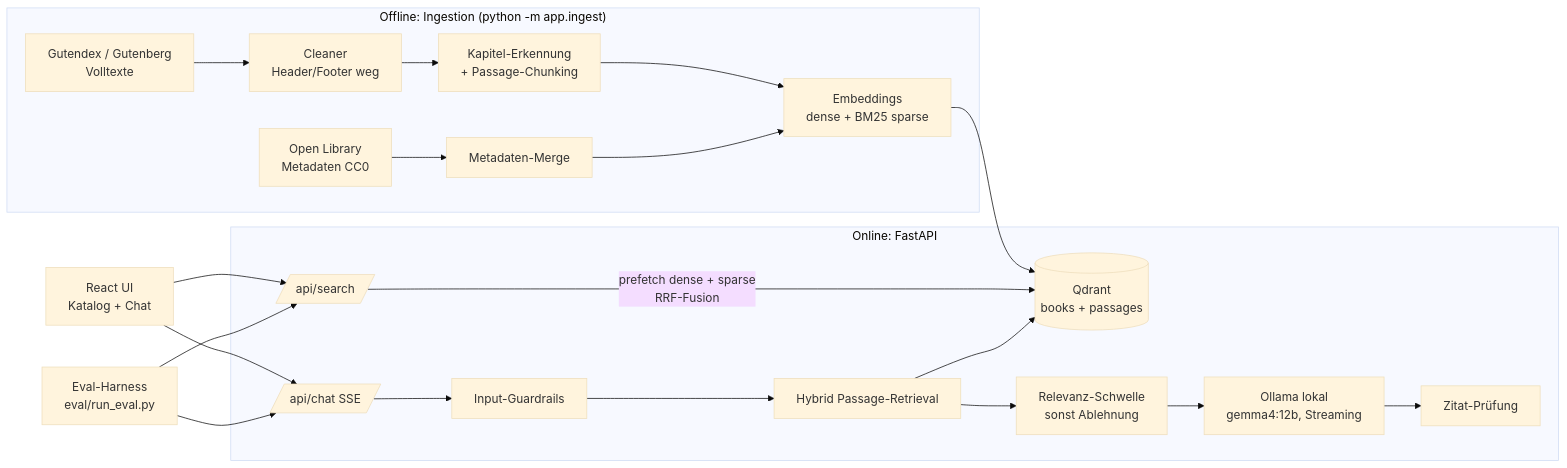
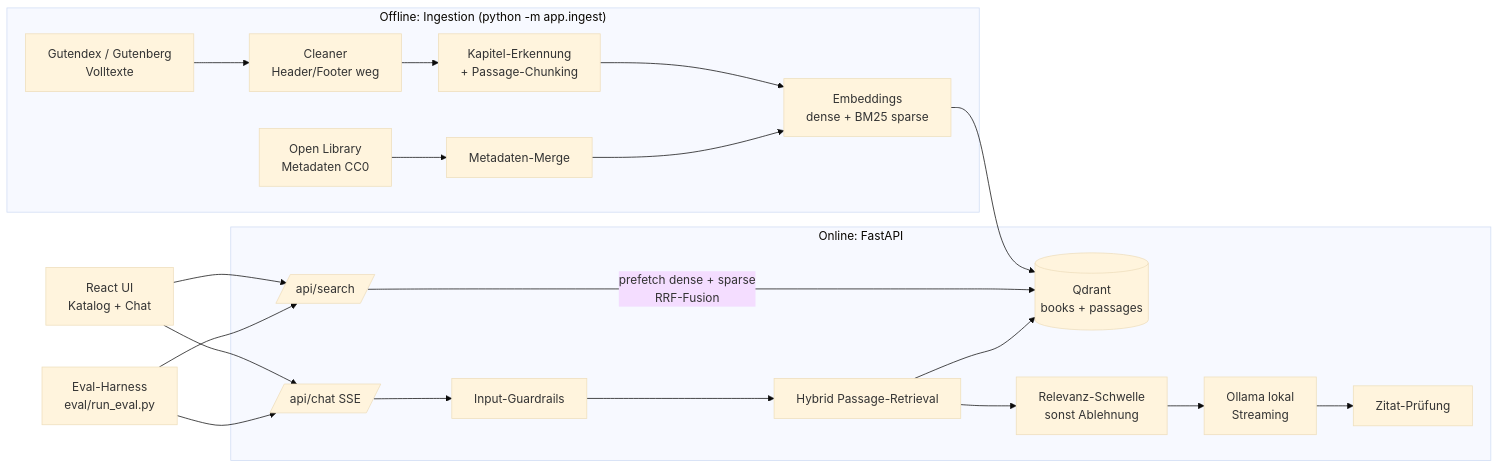
Before and after one commit to mehmetaras2206/SemanticBookAI: the diagram in docs/PROJECT_PLAN.md, drawn with Mermaid (base theme). The commit also changed other lines of this file and 45 other files, not shown here.

````diff
--- a/docs/PROJECT_PLAN.md
+++ b/docs/PROJECT_PLAN.md
@@ -62,23 +62,23 @@
 ```mermaid
 flowchart LR
     subgraph Offline["Offline: Ingestion (python -m app.ingest)"]
         G[Gutendex / Gutenberg<br/>Volltexte] --> C[Cleaner<br/>Header/Footer weg]
         OL[Open Library<br/>Metadaten CC0] --> M[Metadaten-Merge]
         C --> CH[Kapitel-Erkennung<br/>+ Passage-Chunking]
         CH --> E[Embeddings<br/>dense + BM25 sparse]
         M --> E
     end
     E --> Q[(Qdrant<br/>books + passages)]
     subgraph Online["Online: FastAPI"]
         S[/api/search/] -->|prefetch dense + sparse<br/>RRF-Fusion| Q
         CHAT[/api/chat SSE/] --> GR1[Input-Guardrails]
         GR1 --> R[Hybrid Passage-Retrieval] --> Q
         R --> GR2[Relevanz-Schwelle<br/>sonst Ablehnung]
-        GR2 --> LLM[Ollama lokal<br/>gemma4:12b, Streaming]
+        GR2 --> LLM[Ollama lokal<br/>Streaming]
         LLM --> GR3[Zitat-Prüfung]
     end
     UI[React UI<br/>Katalog + Chat] --> S
     UI --> CHAT
     EV[Eval-Harness<br/>eval/run_eval.py] --> S
     EV --> CHAT
 ```
````
